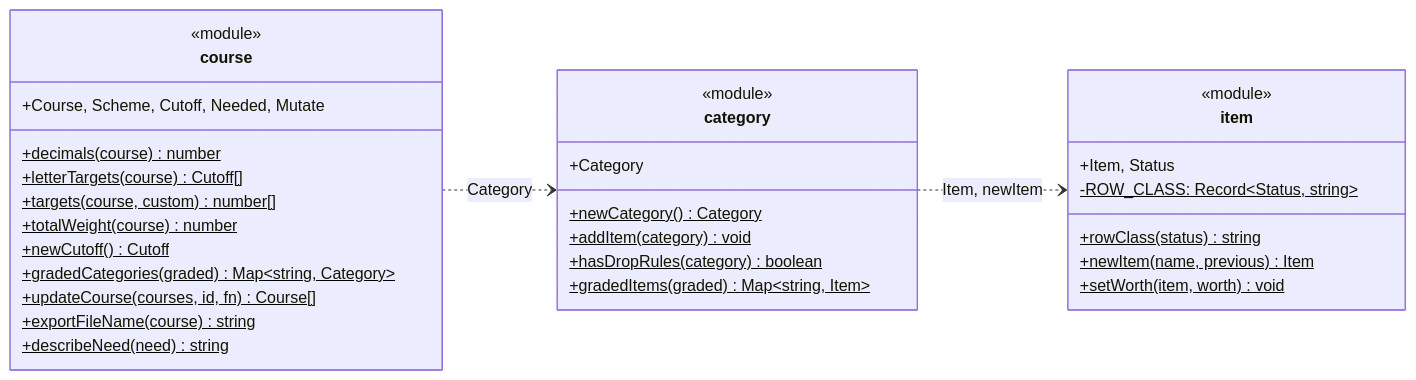
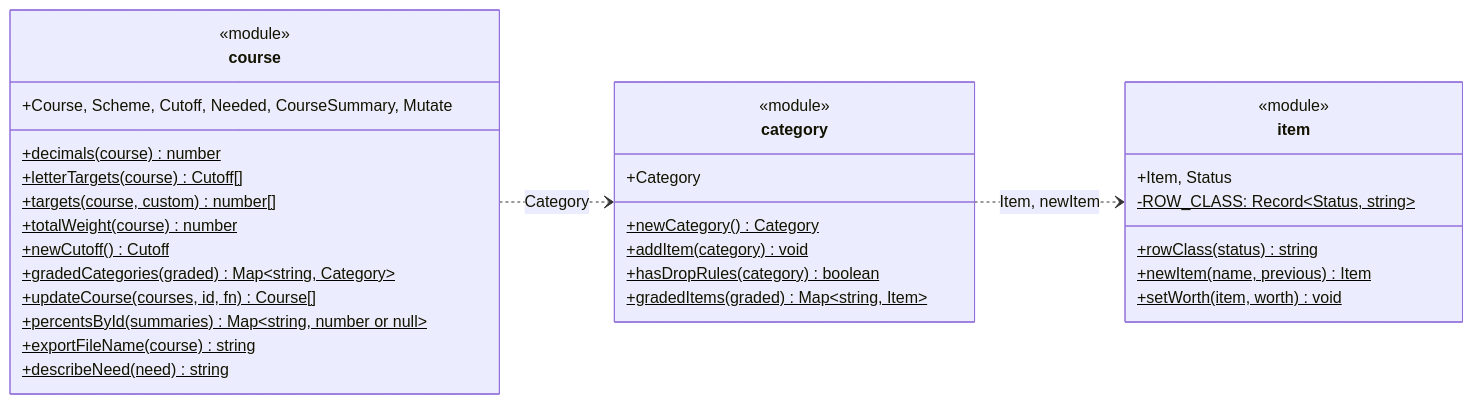
One commit to Patman1O1/grade-calculator changed the ninth of 9 diagrams in docs/uml.md. Above: the diagram before and after it, drawn with Mermaid. The commit also changed other lines of this file and 3 other files, not shown here.

First line of the commit message:
Move CourseSummary into course.ts

````diff
--- a/docs/uml.md
+++ b/docs/uml.md
@@ -413,35 +413,36 @@
 ```mermaid
 classDiagram
   direction LR
   class course {
     <<module>>
-    +Course, Scheme, Cutoff, Needed, Mutate
+    +Course, Scheme, Cutoff, Needed, CourseSummary, Mutate
     +decimals(course)$ number
     +letterTargets(course)$ Cutoff[]
     +targets(course, custom)$ number[]
     +totalWeight(course)$ number
     +newCutoff()$ Cutoff
     +gradedCategories(graded)$ Map~string, Category~
     +updateCourse(courses, id, fn)$ Course[]
+    +percentsById(summaries)$ Map~string, number or null~
     +exportFileName(course)$ string
     +describeNeed(need)$ string
   }
   class category {
     <<module>>
     +Category
     +newCategory()$ Category
     +addItem(category)$ void
     +hasDropRules(category)$ boolean
     +gradedItems(graded)$ Map~string, Item~
   }
   class item {
     <<module>>
     +Item, Status
     -ROW_CLASS: Record~Status, string~$
     +rowClass(status)$ string
     +newItem(name, previous)$ Item
     +setWorth(item, worth)$ void
   }
   course ..> category : Category
   category ..> item : Item, newItem
 ```
````
